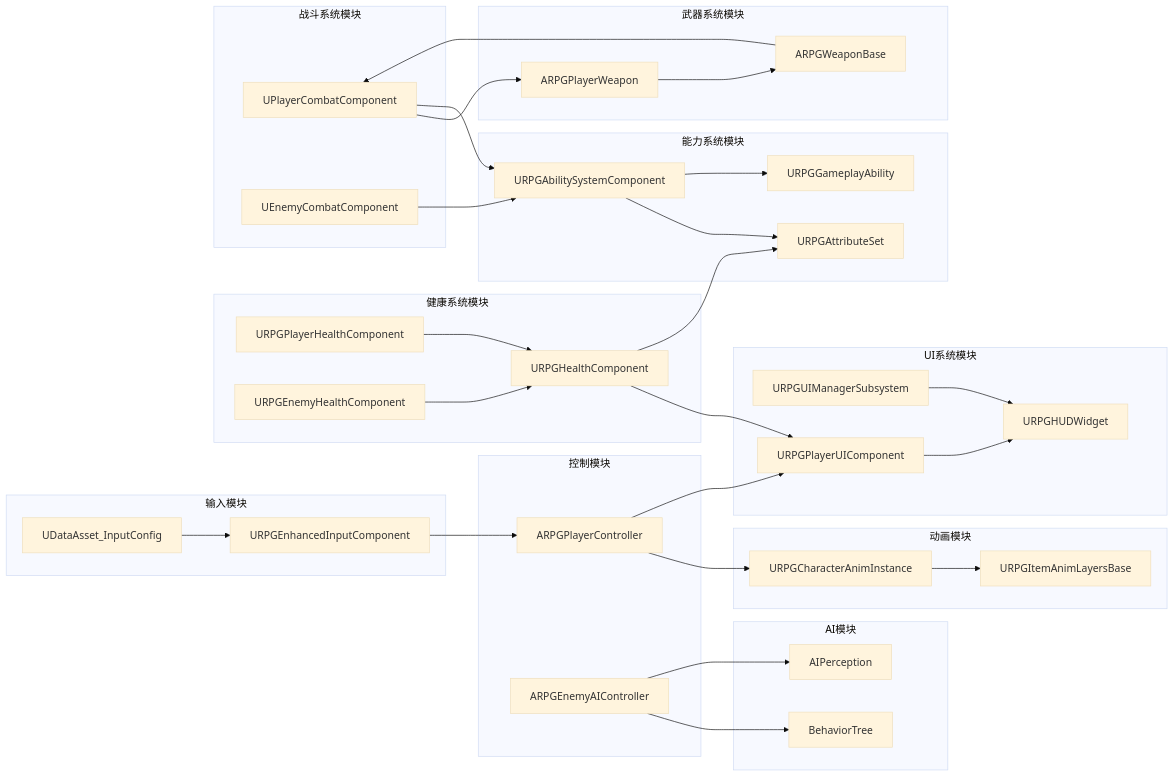
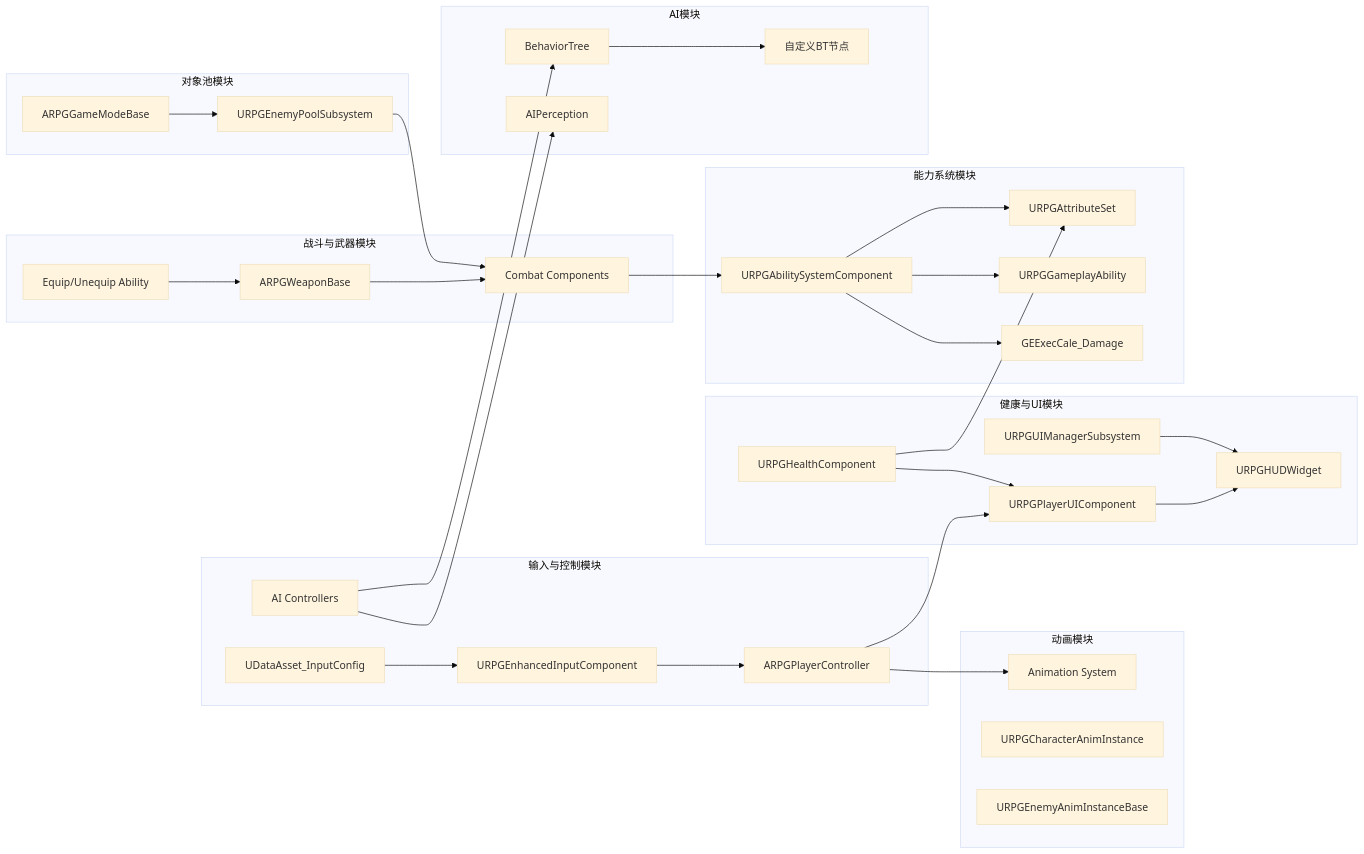
Before and after one commit to ARK31415/RPG: the second of 18 diagrams in Source/Docs/SummaryDesign.md, drawn with Mermaid (base theme). The commit also changed other lines of this file and 12 other files, not shown here.

````diff
--- a/Source/Docs/SummaryDesign.md
+++ b/Source/Docs/SummaryDesign.md
@@ -81,71 +83,66 @@
 ```mermaid
 graph LR
-    subgraph 输入模块
+    subgraph 输入与控制模块
         IM[URPGEnhancedInputComponent]
+        PC[ARPGPlayerController]
+        AIC[AI Controllers]
         IC[UDataAsset_InputConfig]
     end
     
-    subgraph 控制模块
-        PC[ARPGPlayerController]
-        AIC[ARPGEnemyAIController]
+    subgraph 动画模块
+        ANIM[Animation System]
+        CAI[URPGCharacterAnimInstance]
+        EAI[URPGEnemyAnimInstanceBase]
     end
     
-    subgraph 动画模块
-        CAI[URPGCharacterAnimInstance]
-        IAL[URPGItemAnimLayersBase]
+    subgraph 健康与UI模块
+        HC[URPGHealthComponent]
+        UIS[URPGUIManagerSubsystem]
+        PUI[URPGPlayerUIComponent]
+        HUD[URPGHUDWidget]
     end
     
-    subgraph 健康系统模块
-        HC[URPGHealthComponent]
-        PHC[URPGPlayerHealthComponent]
-        EHC[URPGEnemyHealthComponent]
-    end
-    
-    subgraph UI系统模块
-        UIS[URPGUIManagerSubsystem]
-        HUD[URPGHUDWidget]
-        PUI[URPGPlayerUIComponent]
-    end
-    
-    subgraph 战斗系统模块
-        PCom[UPlayerCombatComponent]
-        ECom[UEnemyCombatComponent]
-    end
-    
-    subgraph 武器系统模块
+    subgraph 战斗与武器模块
+        COMBAT[Combat Components]
         WB[ARPGWeaponBase]
-        PW[ARPGPlayerWeapon]
+        ES[Equip/Unequip Ability]
     end
     
     subgraph 能力系统模块
         ASC[URPGAbilitySystemComponent]
         AS[URPGAttributeSet]
         GA[URPGGameplayAbility]
+        GEC[GEExecCale_Damage]
     end
     
     subgraph AI模块
         BT[BehaviorTree]
         AP[AIPerception]
+        BTN[自定义BT节点]
+    end
+    
+    subgraph 对象池模块
+        POOL[URPGEnemyPoolSubsystem]
+        GMB[ARPGGameModeBase]
     end
     
     IM --> PC
     IC --> IM
-    PC --> CAI
+    PC --> ANIM
     PC --> PUI
     AIC --> BT
     AIC --> AP
-    PCom --> PW
-    PCom --> ASC
-    ECom --> ASC
-    WB --> PCom
-    PW --> WB
+    BT --> BTN
+    COMBAT --> ASC
+    WB --> COMBAT
+    ES --> WB
     HC --> PUI
-    PHC --> HC
-    EHC --> HC
     PUI --> HUD
     UIS --> HUD
     ASC --> AS
     ASC --> GA
+    ASC --> GEC
     HC --> AS
-    CAI --> IAL
+    GMB --> POOL
+    POOL --> COMBAT
 ```
````
